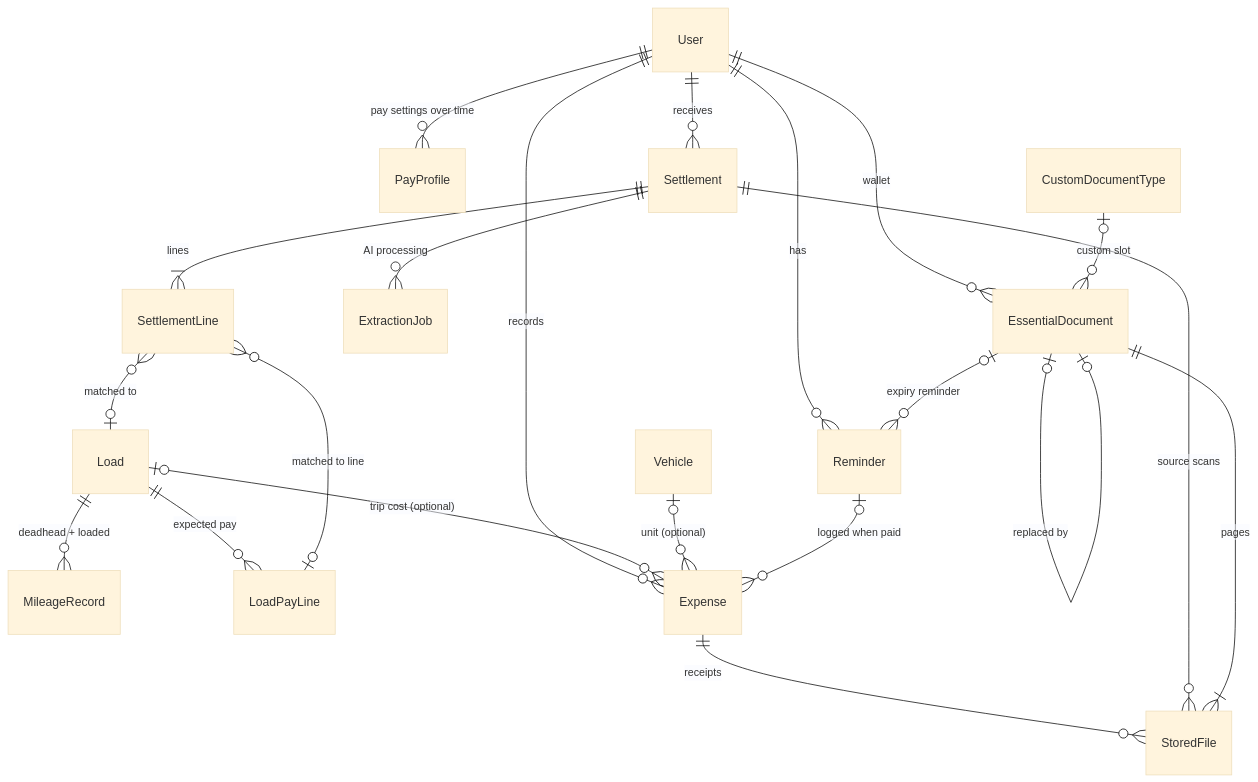
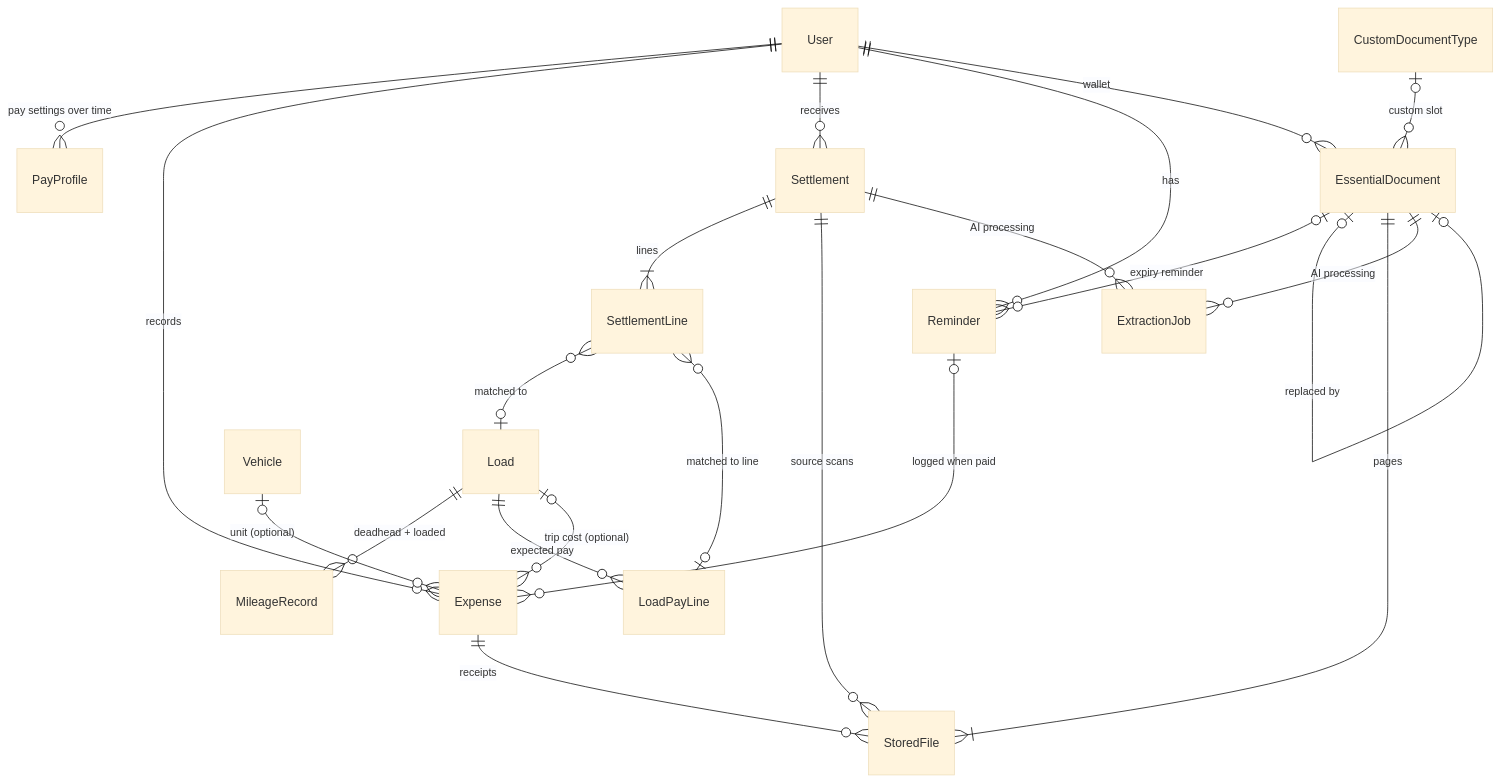
Before and after one commit to kaluush/Truckmate: the third of 4 diagrams in specs/data-model/DATA_MODEL.md, drawn with Mermaid (base theme). The commit also changed other lines of this file and 2 other files, not shown here.

First line of the commit message:
Data model v0.2.1: add EssentialDocument to ExtractionJob diagram link

````diff
--- a/specs/data-model/DATA_MODEL.md
+++ b/specs/data-model/DATA_MODEL.md
@@ -137,23 +137,24 @@
 ```mermaid
 erDiagram
     User ||--o{ PayProfile : "pay settings over time"
     Load ||--o{ MileageRecord : "deadhead + loaded"
     Load ||--o{ LoadPayLine : "expected pay"
     User ||--o{ Expense : records
     Load |o--o{ Expense : "trip cost (optional)"
     Vehicle |o--o{ Expense : "unit (optional)"
     Expense ||--o{ StoredFile : receipts
     User ||--o{ Settlement : receives
     Settlement ||--|{ SettlementLine : lines
     SettlementLine }o--o| Load : "matched to"
     SettlementLine }o--o| LoadPayLine : "matched to line"
     Settlement ||--o{ StoredFile : "source scans"
     Settlement ||--o{ ExtractionJob : "AI processing"
     User ||--o{ Reminder : has
     EssentialDocument |o--o{ Reminder : "expiry reminder"
     Reminder |o--o{ Expense : "logged when paid"
     User ||--o{ EssentialDocument : wallet
     CustomDocumentType |o--o{ EssentialDocument : "custom slot"
     EssentialDocument |o--o| EssentialDocument : "replaced by"
     EssentialDocument ||--|{ StoredFile : pages
+    EssentialDocument ||--o{ ExtractionJob : "AI processing"
 ```
````
